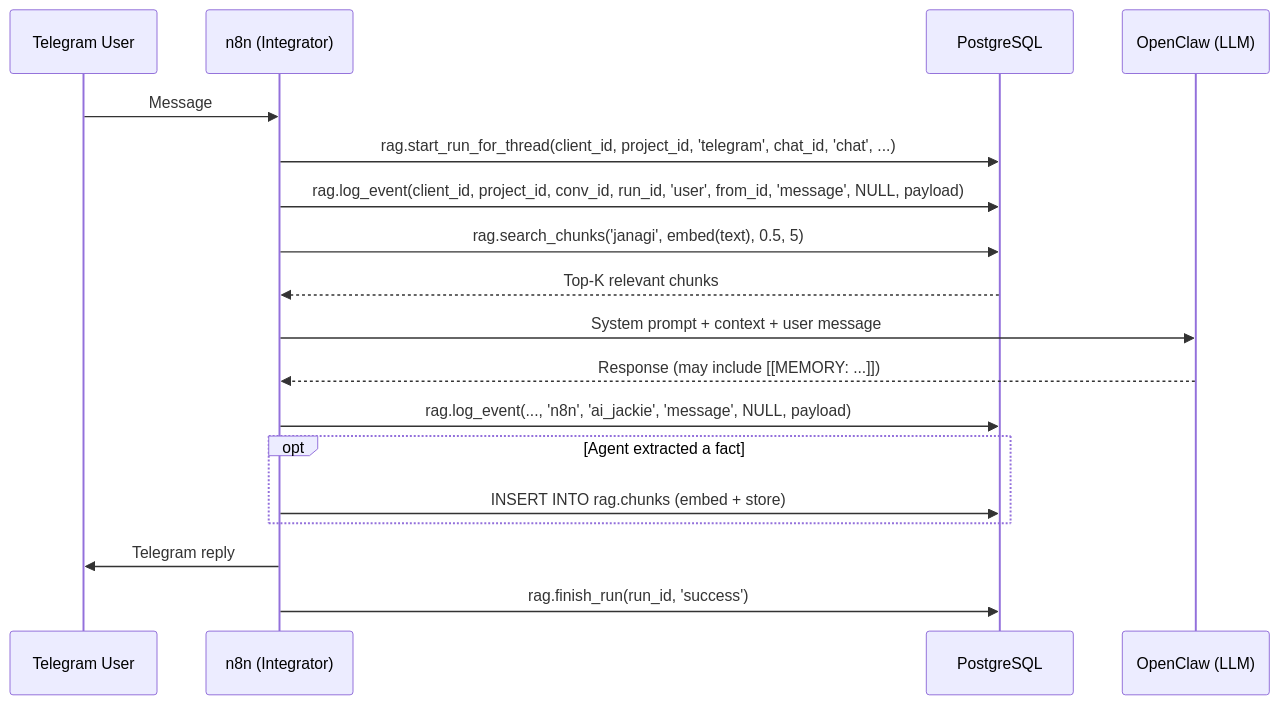
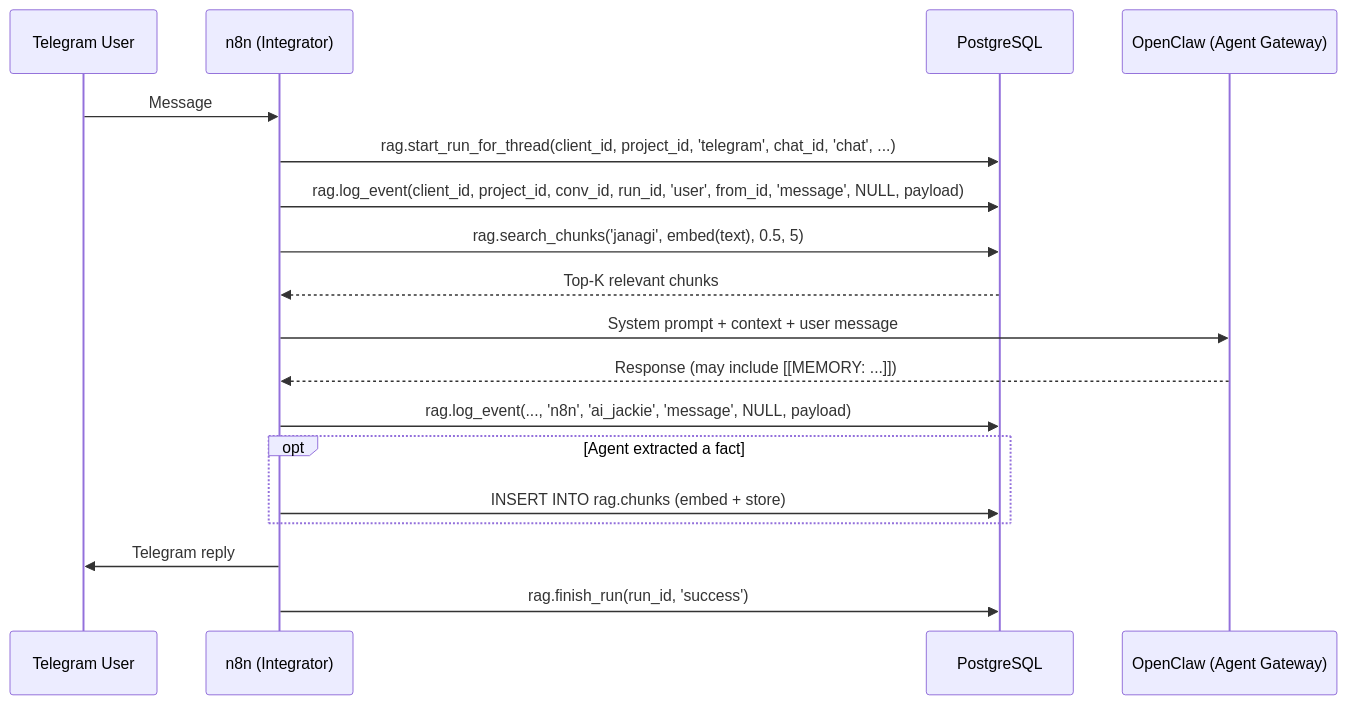
The diagram in ops/docs/MEMORY_ARCHITECTURE.md (HonzaHezina/janAGI), drawn with Mermaid before and after one commit. The commit also changed other lines of this file and 6 other files, not shown here.

First line of the commit message:
docs: OpenClaw is self-hosted AI agent gateway, not LLM model

````diff
--- a/ops/docs/MEMORY_ARCHITECTURE.md
+++ b/ops/docs/MEMORY_ARCHITECTURE.md
@@ -33,23 +33,23 @@
 ```mermaid
 sequenceDiagram
     participant U as Telegram User
     participant N as n8n (Integrator)
     participant DB as PostgreSQL
-    participant AI as OpenClaw (LLM)
+    participant AI as OpenClaw (Agent Gateway)
 
     U->>N: Message
     N->>DB: rag.start_run_for_thread(client_id, project_id, 'telegram', chat_id, 'chat', ...)
     N->>DB: rag.log_event(client_id, project_id, conv_id, run_id, 'user', from_id, 'message', NULL, payload)
     N->>DB: rag.search_chunks('janagi', embed(text), 0.5, 5)
     DB-->>N: Top-K relevant chunks
     N->>AI: System prompt + context + user message
     AI-->>N: Response (may include [[MEMORY: ...]])
     N->>DB: rag.log_event(..., 'n8n', 'ai_jackie', 'message', NULL, payload)
     
     opt Agent extracted a fact
         N->>DB: INSERT INTO rag.chunks (embed + store)
     end
     
     N->>U: Telegram reply
     N->>DB: rag.finish_run(run_id, 'success')
 ```
````
